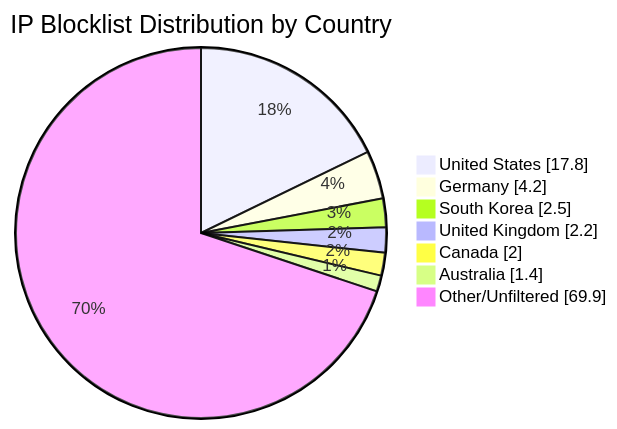
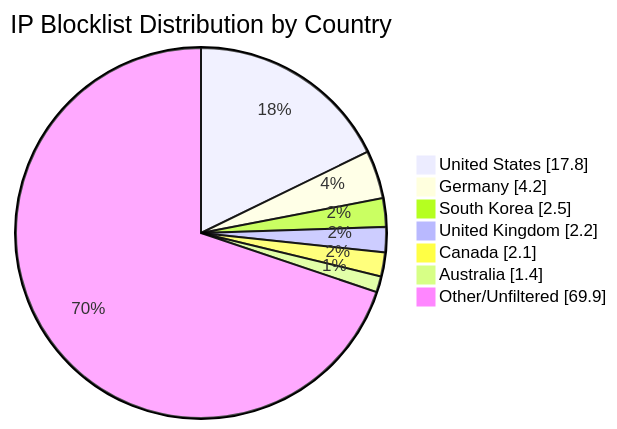
One commit to MarcusHoltz/ipblocklist-geofiltered-aggregator changed the diagram in README.md. Above: the diagram before and after it, drawn with Mermaid. The commit also changed other lines of this file and 9 other files, not shown here.

````diff
--- a/README.md
+++ b/README.md
@@ -34,10 +34,10 @@
 ```mermaid
 pie showData title IP Blocklist Distribution by Country
 "United States" : 17.8
 "Germany" : 4.2
 "South Korea" : 2.5
 "United Kingdom" : 2.2
-"Canada" : 2.0
+"Canada" : 2.1
 "Australia" : 1.4
 "Other/Unfiltered" : 69.9
 ```
````
